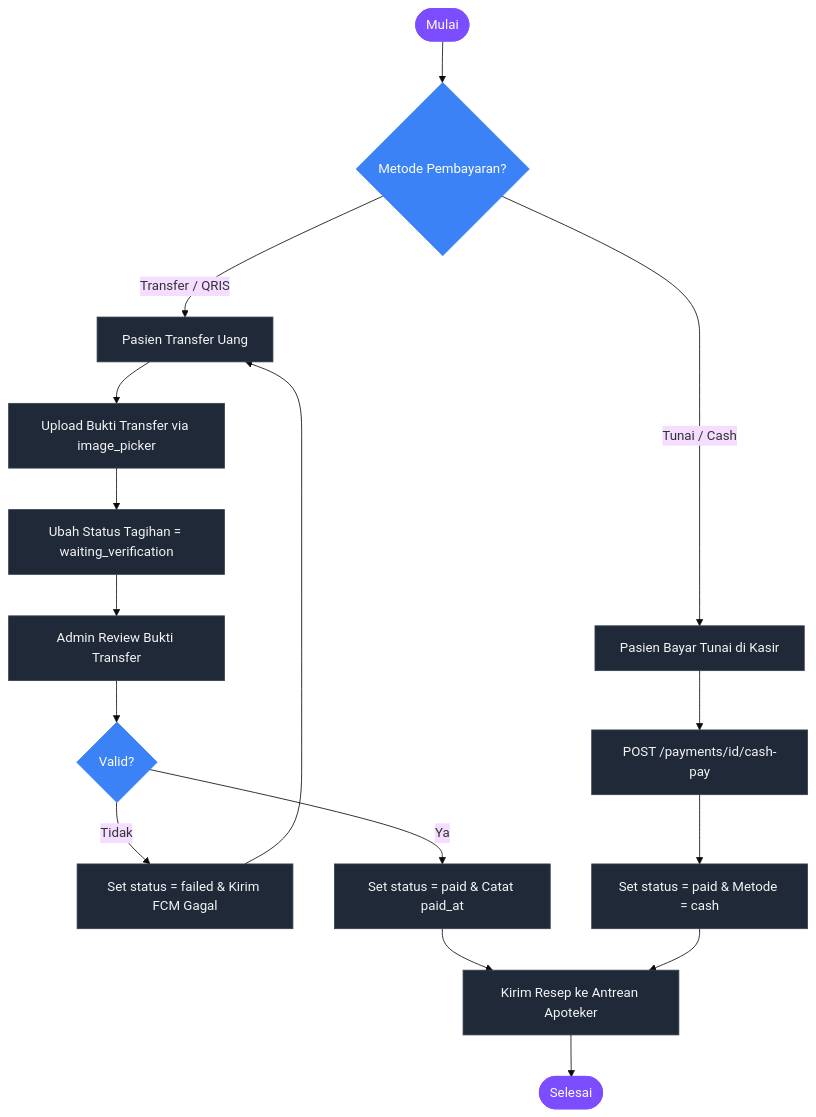
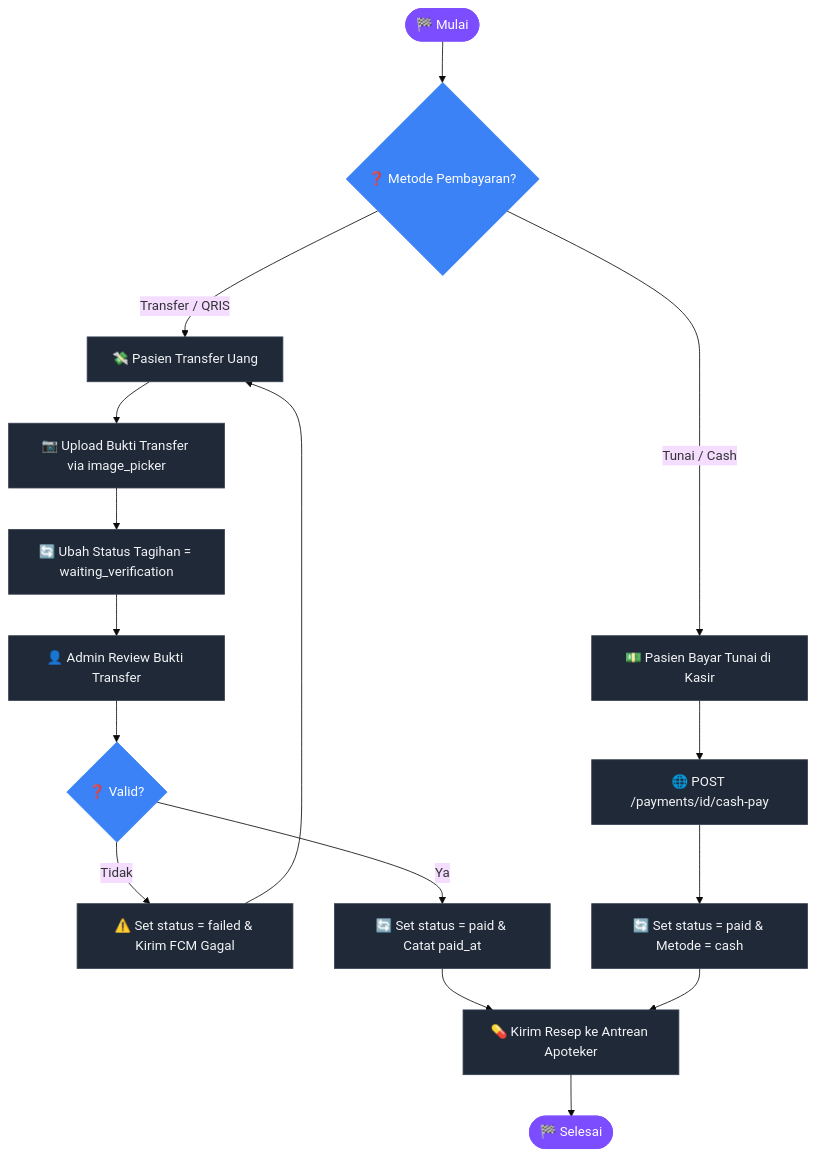
Before and after one commit to Rezi14/NalaSeva-Mobile-Test: the seventh of 9 diagrams in dokumentasi/ALUR_BISNIS.md, drawn with Mermaid (base theme). The commit also changed other lines of this file, not shown here.

````diff
--- a/dokumentasi/ALUR_BISNIS.md
+++ b/dokumentasi/ALUR_BISNIS.md
@@ -299,23 +299,23 @@
 ```mermaid
 flowchart TD
     classDef default fill:#1f2937,stroke:#374151,stroke-width:1px,color:#f3f4f6;
     classDef startEnd fill:#7c4dff,stroke:#7c4dff,color:#fff;
     classDef decision fill:#3b82f6,stroke:#3b82f6,color:#fff;
 
-    Start([Mulai]):::startEnd --> Method{Metode Pembayaran?}:::decision
+    Start([🏁 Mulai]):::startEnd --> Method{❓ Metode Pembayaran?}:::decision
     
-    Method -- Transfer / QRIS --> Transfer[Pasien Transfer Uang]
-    Transfer --> Upload[Upload Bukti Transfer via image_picker]
-    Upload --> Waiting[Ubah Status Tagihan = waiting_verification]
-    Waiting --> Review[Admin Review Bukti Transfer]
-    Review --> Valid{Valid?}:::decision
+    Method -- Transfer / QRIS --> Transfer[💸 Pasien Transfer Uang]
+    Transfer --> Upload[📷 Upload Bukti Transfer via image_picker]
+    Upload --> Waiting[🔄 Ubah Status Tagihan = waiting_verification]
+    Waiting --> Review[👤 Admin Review Bukti Transfer]
+    Review --> Valid{❓ Valid?}:::decision
     
-    Valid -- Tidak --> Reject[Set status = failed & Kirim FCM Gagal] --> Transfer
-    Valid -- Ya --> Approve[Set status = paid & Catat paid_at] --> SendRx
+    Valid -- Tidak --> Reject[⚠️ Set status = failed & Kirim FCM Gagal] --> Transfer
+    Valid -- Ya --> Approve[🔄 Set status = paid & Catat paid_at] --> SendRx
     
-    Method -- Tunai / Cash --> Cash[Pasien Bayar Tunai di Kasir]
-    Cash --> CashAPI[POST /payments/id/cash-pay]
-    CashAPI --> Paid[Set status = paid & Metode = cash] --> SendRx
+    Method -- Tunai / Cash --> Cash[💵 Pasien Bayar Tunai di Kasir]
+    Cash --> CashAPI[🌐 POST /payments/id/cash-pay]
+    CashAPI --> Paid[🔄 Set status = paid & Metode = cash] --> SendRx
     
-    SendRx[Kirim Resep ke Antrean Apoteker] --> Done([Selesai]):::startEnd
+    SendRx[💊 Kirim Resep ke Antrean Apoteker] --> Done([🏁 Selesai]):::startEnd
 ```
````
